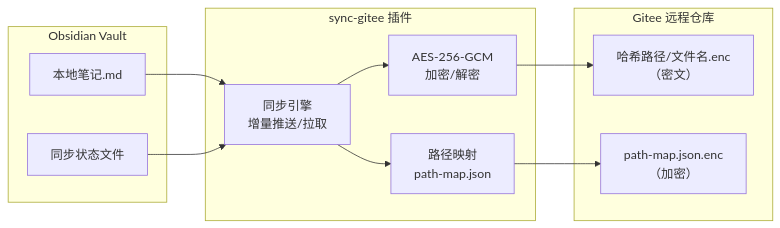
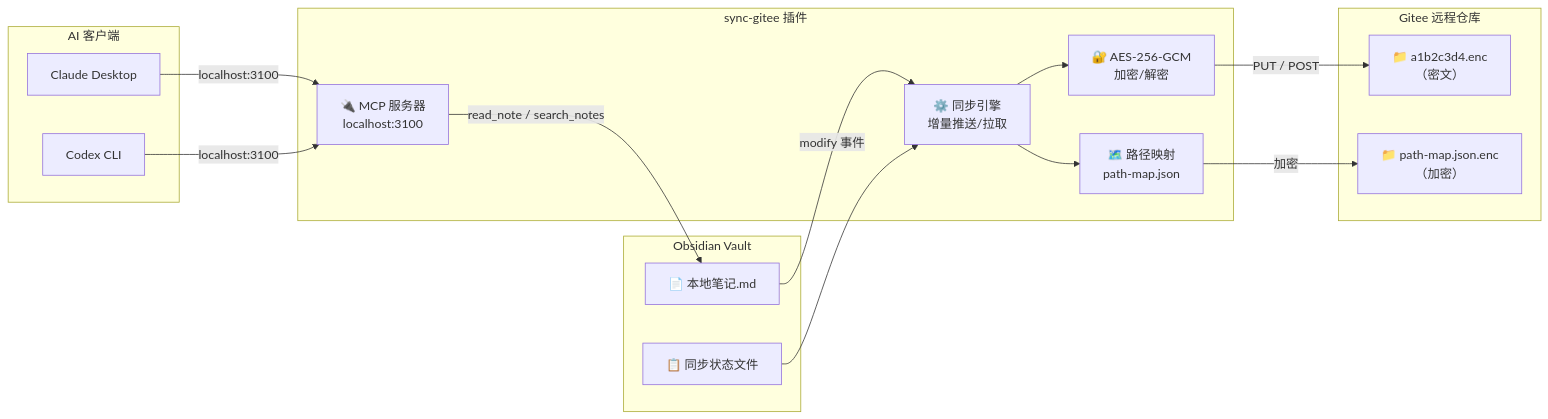
Before and after one commit to Weixi138/obsidian-gitee: the diagram in README.md, drawn with Mermaid. The commit also changed other lines of this file, not shown here.

Commit message:
docs: 重写 README，按 reverse-skill 风格增加导航栏、场景表、仓库布局图

````diff
--- a/README.md
+++ b/README.md
@@ -101,25 +145,34 @@
 ```mermaid
 flowchart LR
   subgraph OBS["Obsidian Vault"]
-    NOTE["本地笔记.md"]
-    STATE["同步状态文件"]
+    NOTE["📄 本地笔记.md"]
+    STATE["📋 同步状态文件"]
   end
 
   subgraph PLUGIN["sync-gitee 插件"]
-    CRYPTO["AES-256-GCM<br/>加密/解密"]
-    ENGINE["同步引擎<br/>增量推送/拉取"]
-    MAP["路径映射<br/>path-map.json"]
+    CRYPTO["🔐 AES-256-GCM<br/>加密/解密"]
+    ENGINE["⚙️ 同步引擎<br/>增量推送/拉取"]
+    MAP["🗺️ 路径映射<br/>path-map.json"]
+    MCP["🔌 MCP 服务器<br/>localhost:3100"]
   end
 
   subgraph GITEE["Gitee 远程仓库"]
-    REMOTE["哈希路径/文件名.enc<br/>（密文）"]
-    MAPFILE["path-map.json.enc<br/>（加密）"]
+    REMOTE["📁 a1b2c3d4.enc<br/>（密文）"]
+    MAPFILE["📁 path-map.json.enc<br/>（加密）"]
   end
 
-  NOTE --> ENGINE
+  subgraph AI["AI 客户端"]
+    CLAUDE["Claude Desktop"]
+    CODEX["Codex CLI"]
+  end
+
+  NOTE -->|modify 事件| ENGINE
   ENGINE --> CRYPTO
-  CRYPTO --> REMOTE
+  CRYPTO -->|PUT / POST| REMOTE
   ENGINE --> MAP
-  MAP --> MAPFILE
+  MAP -->|加密| MAPFILE
   STATE --> ENGINE
+  MCP -->|read_note / search_notes| NOTE
+  CLAUDE -->|localhost:3100| MCP
+  CODEX -->|localhost:3100| MCP
 ```
````
